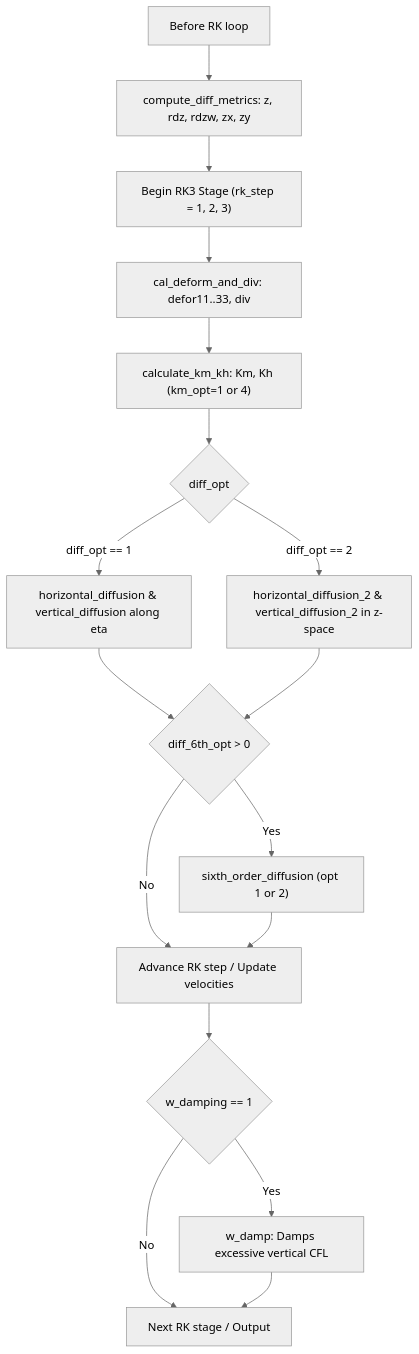
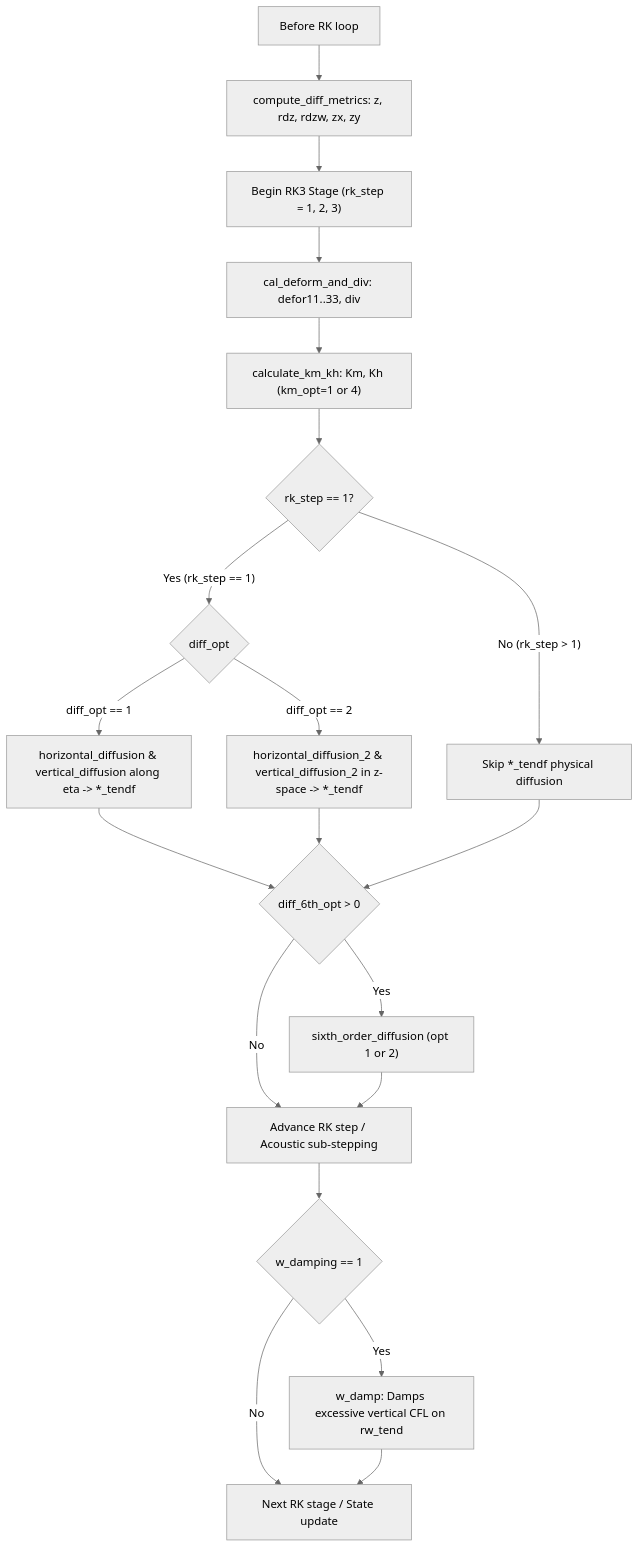
One commit to Xassemblianist/CPPWRF changed the diagram in src/dyn/diffusion/README.md. Above: the diagram before and after it, drawn with Mermaid (neutral theme). The commit also changed other lines of this file and 16 other files, not shown here.

First line of the commit message:
WRF diffusion and damping kernels (Agent 9, T9.1)

````diff
--- a/src/dyn/diffusion/README.md
+++ b/src/dyn/diffusion/README.md
@@ -81,19 +81,22 @@
 ```mermaid
 flowchart TD
     A["Before RK loop"] --> B["compute_diff_metrics: z, rdz, rdzw, zx, zy"]
     B --> C["Begin RK3 Stage (rk_step = 1, 2, 3)"]
     C --> D["cal_deform_and_div: defor11..33, div"]
     D --> E["calculate_km_kh: Km, Kh (km_opt=1 or 4)"]
-    E --> F{"diff_opt"}
-    F -- "diff_opt == 1" --> G["horizontal_diffusion & vertical_diffusion along eta"]
-    F -- "diff_opt == 2" --> H["horizontal_diffusion_2 & vertical_diffusion_2 in z-space"]
-    G --> I{"diff_6th_opt > 0"}
-    H --> I
-    I -- "Yes" --> J["sixth_order_diffusion (opt 1 or 2)"]
-    I -- "No" --> K["Advance RK step / Update velocities"]
-    J --> K
-    K --> L{"w_damping == 1"}
-    L -- "Yes" --> M["w_damp: Damps excessive vertical CFL"]
-    L -- "No" --> N["Next RK stage / Output"]
-    M --> N
+    E --> F{"rk_step == 1?"}
+    F -- "Yes (rk_step == 1)" --> G{"diff_opt"}
+    F -- "No (rk_step > 1)" --> K["Skip *_tendf physical diffusion"]
+    G -- "diff_opt == 1" --> H["horizontal_diffusion & vertical_diffusion along eta -> *_tendf"]
+    G -- "diff_opt == 2" --> I["horizontal_diffusion_2 & vertical_diffusion_2 in z-space -> *_tendf"]
+    H --> J{"diff_6th_opt > 0"}
+    I --> J
+    K --> J
+    J -- "Yes" --> L["sixth_order_diffusion (opt 1 or 2)"]
+    J -- "No" --> M["Advance RK step / Acoustic sub-stepping"]
+    L --> M
+    M --> N{"w_damping == 1"}
+    N -- "Yes" --> O["w_damp: Damps excessive vertical CFL on rw_tend"]
+    N -- "No" --> P["Next RK stage / State update"]
+    O --> P
 ```
````
